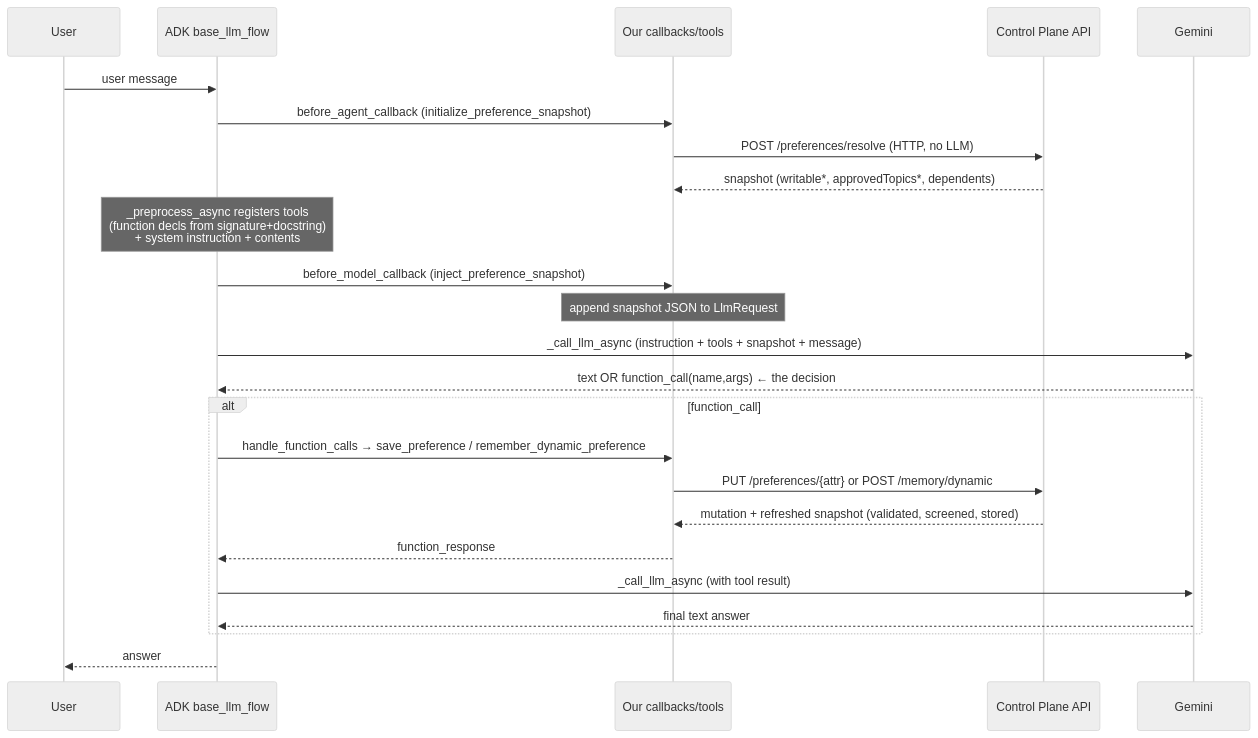
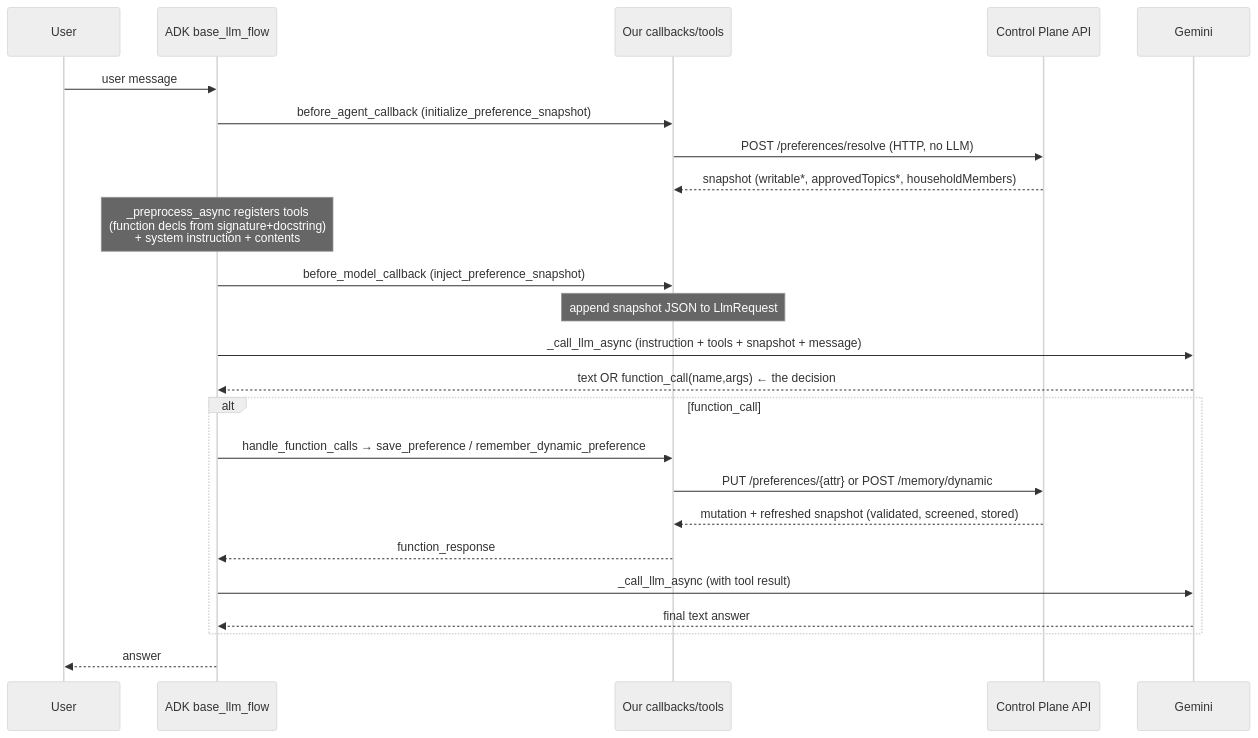
One commit to connect2srinu/jeep-memory-storage changed the diagram in docs/architecture/agent-flow.md. Above: the diagram before and after it, drawn with Mermaid (neutral theme). The commit also changed other lines of this file and 8 other files, not shown here.

````diff
--- a/docs/architecture/agent-flow.md
+++ b/docs/architecture/agent-flow.md
@@ -71,27 +71,27 @@
 ```mermaid
 sequenceDiagram
     participant U as User
     participant ADK as ADK base_llm_flow
     participant CB as Our callbacks/tools
     participant CP as Control Plane API
     participant G as Gemini
 
     U->>ADK: user message
     ADK->>CB: before_agent_callback (initialize_preference_snapshot)
     CB->>CP: POST /preferences/resolve   (HTTP, no LLM)
-    CP-->>CB: snapshot (writable*, approvedTopics*, dependents)
+    CP-->>CB: snapshot (writable*, approvedTopics*, householdMembers)
     Note over ADK: _preprocess_async registers tools<br/>(function decls from signature+docstring)<br/>+ system instruction + contents
     ADK->>CB: before_model_callback (inject_preference_snapshot)
     Note over CB: append snapshot JSON to LlmRequest
     ADK->>G: _call_llm_async (instruction + tools + snapshot + message)
     G-->>ADK: text  OR  function_call(name,args)   ← the decision
     alt function_call
         ADK->>CB: handle_function_calls → save_preference / remember_dynamic_preference
         CB->>CP: PUT /preferences/{attr}  or  POST /memory/dynamic
         CP-->>CB: mutation + refreshed snapshot (validated, screened, stored)
         CB-->>ADK: function_response
         ADK->>G: _call_llm_async (with tool result)
         G-->>ADK: final text answer
     end
     ADK-->>U: answer
 ```
````
